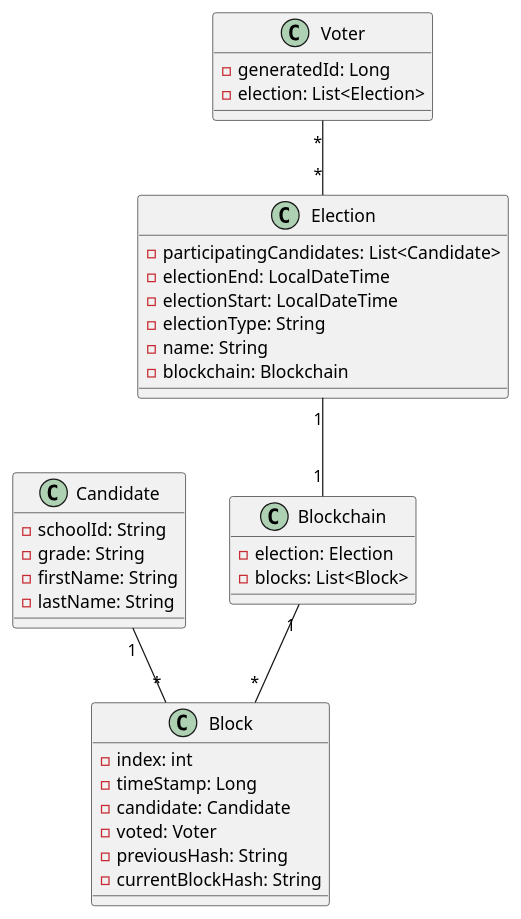
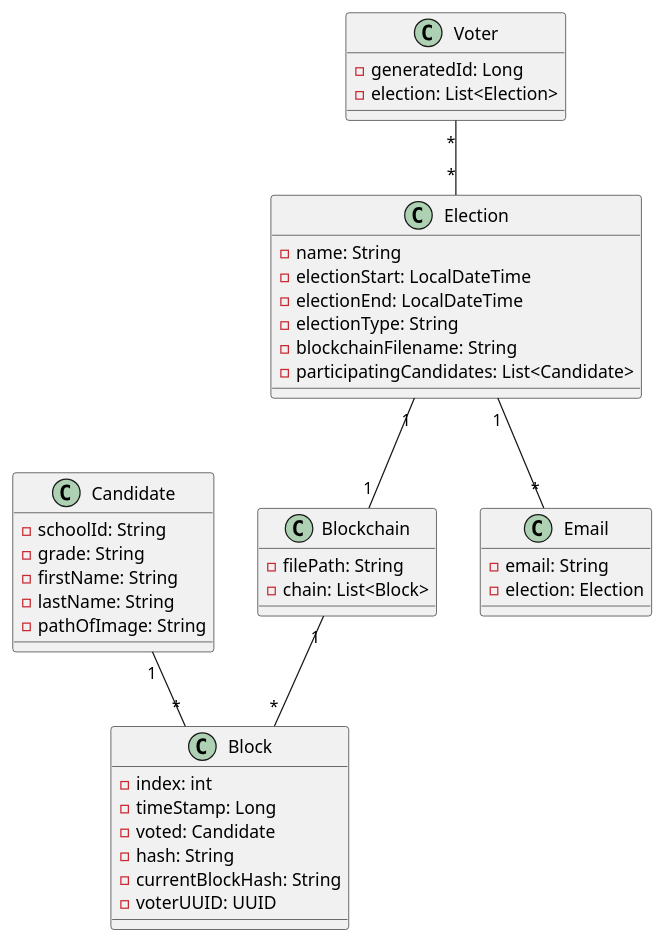
One commit to 2324-4bhif-syp/2324-4bhif-syp-project-leovote changed the diagram in asciidocs/docs/plantuml/cld.puml. Above: the diagram before and after it, drawn with PlantUML.

Commit message:
-fix: overworked cld

```diff
--- a/asciidocs/docs/plantuml/cld.puml
+++ b/asciidocs/docs/plantuml/cld.puml
@@ -1,44 +1,51 @@
 @startuml
 
 top to bottom direction
 
 class Candidate {
   - schoolId: String
   - grade: String
   - firstName: String
   - lastName: String
+  - pathOfImage: String
 }
 
 class Block {
     - index: int
     - timeStamp: Long
-    - candidate: Candidate
-    - voted: Voter
-    - previousHash: String
+    - voted: Candidate
+    - hash: String
     - currentBlockHash: String
+    - voterUUID: UUID
 }
 
 class Blockchain {
-    - election: Election
-    - blocks: List<Block>
+    - filePath: String
+    - chain: List<Block>
 }
 
 class Election {
+  - name: String
+  - electionStart: LocalDateTime
+  - electionEnd: LocalDateTime
+  - electionType: String
+  - blockchainFilename: String
   - participatingCandidates: List<Candidate>
-  - electionEnd: LocalDateTime
-  - electionStart: LocalDateTime
-  - electionType: String
-  - name: String
-  - blockchain: Blockchain
+}
+
+class Email {
+  - email: String
+  - election: Election
 }
 
 class Voter {
   - generatedId: Long
   - election: List<Election>
 }
 
 Election "1"--"1" Blockchain
+Election "1"--"*" Email
 Blockchain "1"--"*" Block
 Candidate "1"--"*" Block
 Voter "*"--"*" Election
 @enduml
```
